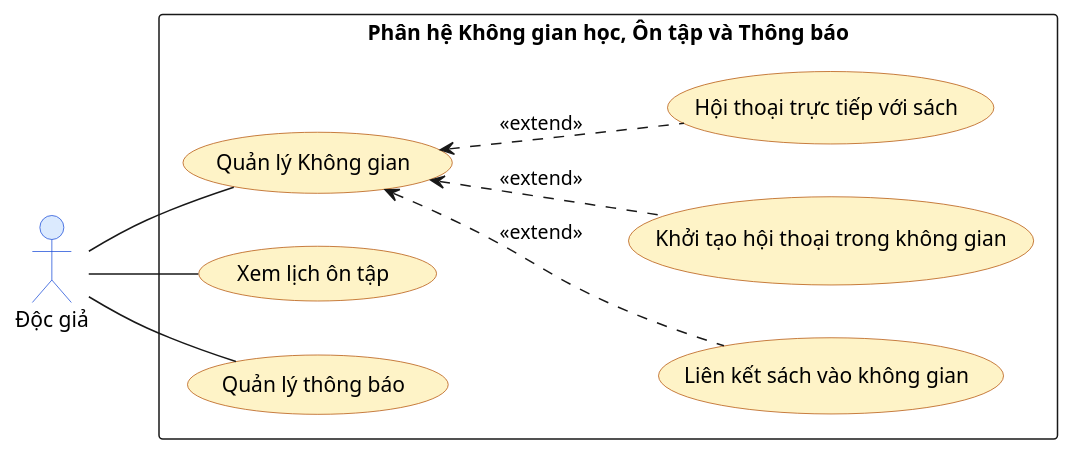
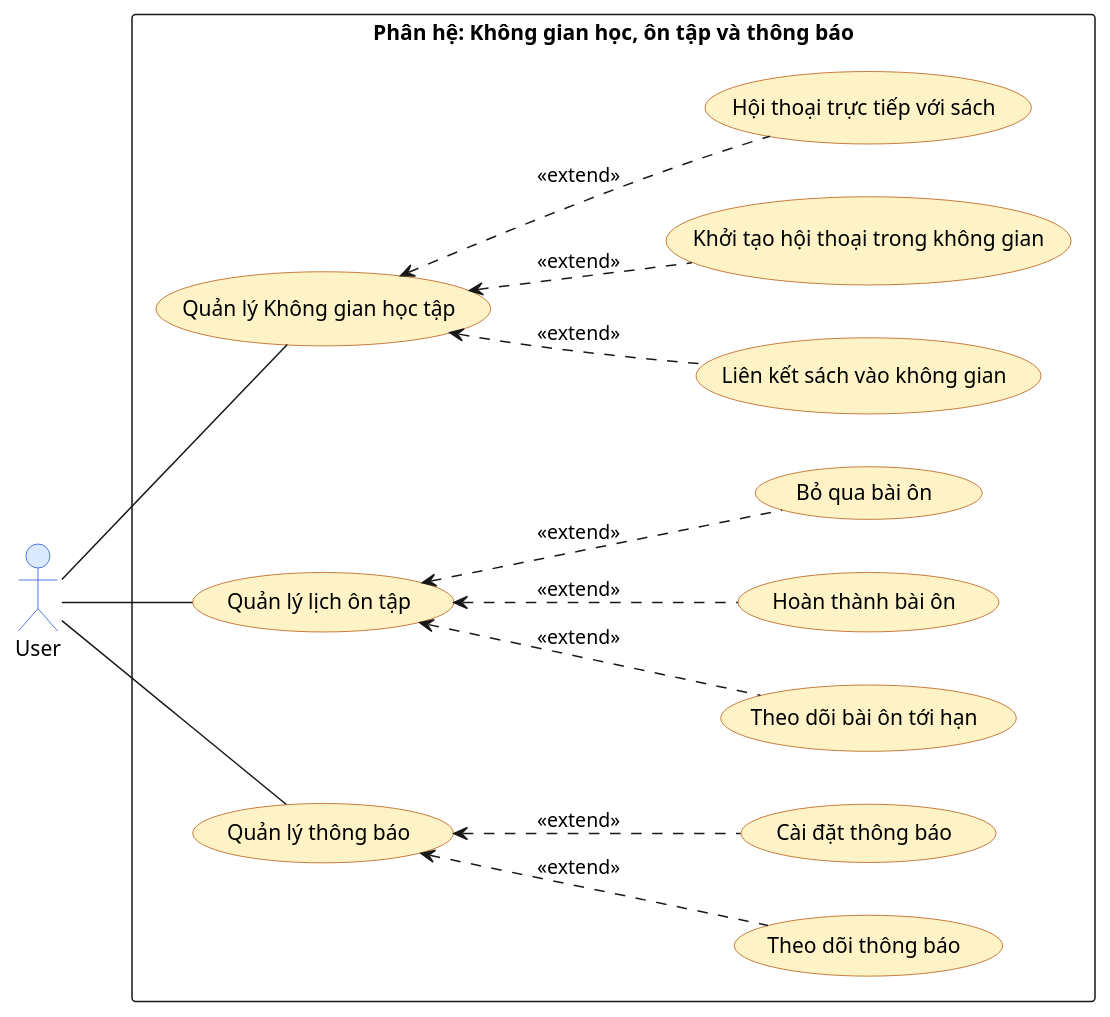
One commit to KhoaSinno/triam-backend changed the diagram in _docs_capstone/_dia/UseCase/sub_UC/triam_usecase_workspace_review.puml. Above: the diagram before and after it, drawn with PlantUML. The commit also changed 8 other files, not shown here.

```diff
--- a/_docs_capstone/_dia/UseCase/sub_UC/triam_usecase_workspace_review.puml
+++ b/_docs_capstone/_dia/UseCase/sub_UC/triam_usecase_workspace_review.puml
@@ -1,39 +1,56 @@
 @startuml triam_usecase_workspace_review
 skinparam Shadowing false
 skinparam backgroundColor #FFFFFF
 skinparam defaultFontName Arial
 ' skinparam roundcorner 14
 ' skinparam linetype ortho
 
 skinparam actor {
   BackgroundColor #DBEAFE
   BorderColor #1D4ED8
 }
 skinparam usecase {
   BackgroundColor #FEF3C7
   BorderColor #B45309
 }
 
 left to right direction
 
-actor "Độc giả" as Reader
+actor "User" as Reader
 
-rectangle "Phân hệ Không gian học, Ôn tập và Thông báo" {
-  (Quản lý Không gian) as UC_Workspace
-  (Xem lịch ôn tập) as UC_Review
+rectangle "Phân hệ: Không gian học, ôn tập và thông báo" {
+  (Quản lý Không gian học tập) as UC_Workspace
+  (Quản lý lịch ôn tập) as UC_Review
   (Quản lý thông báo) as UC_Notification
 
   (Liên kết sách vào không gian) as UC_ManageWSBooks
   (Khởi tạo hội thoại trong không gian) as UC_WSChat
   (Hội thoại trực tiếp với sách) as UC_DirectChat
 
+  (Theo dõi bài ôn tới hạn) as UC_TrackDueReview
+  (Hoàn thành bài ôn) as UC_CompleteReview
+  (Bỏ qua bài ôn) as UC_SkipReview
+
+  (Theo dõi thông báo) as UC_TrackNotification
+  (Cài đặt thông báo) as UC_SetupNotification
+
+
   ' Các chức năng con của Quản lý không gian sử dụng quan hệ mở rộng (extend)
   UC_Workspace <.. UC_ManageWSBooks : <<extend>>
   UC_Workspace <.. UC_WSChat : <<extend>>
   UC_Workspace <.. UC_DirectChat : <<extend>>
+
+  ' Các chức năng con của Quản lý lịch ôn tập sử dụng quan hệ mở rộng (extend)
+  UC_Review <.. UC_TrackDueReview : <<extend>>
+  UC_Review <.. UC_CompleteReview : <<extend>>
+  UC_Review <.. UC_SkipReview : <<extend>>
+
+  ' Các chức năng con của Quản lý thông báo sử dụng quan hệ mở rộng (extend)
+  UC_Notification <.. UC_TrackNotification : <<extend>>
+  UC_Notification <.. UC_SetupNotification : <<extend>>
 }
 
 Reader -- UC_Workspace
 Reader -- UC_Review
 Reader -- UC_Notification
 @enduml
```
